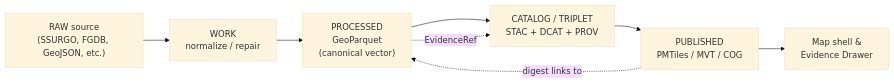
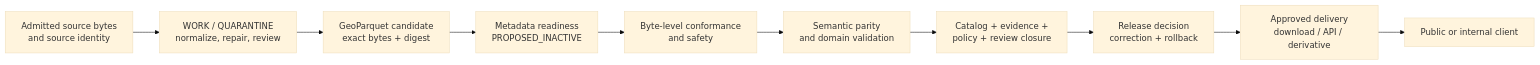
The first of 2 diagrams in docs/standards/GEOPARQUET.md (bartytime4life/Kansas-Frontier-Matrix), drawn with Mermaid (base theme) before and after one commit. The commit also changed other lines of this file, not shown here.

Commit message:
docs(standards): ground GeoParquet guidance in current evidence

````diff
--- a/docs/standards/GEOPARQUET.md
+++ b/docs/standards/GEOPARQUET.md
@@ -117,13 +163,15 @@
 ```mermaid
 flowchart LR
-  RAW["RAW source<br/>(SSURGO, FGDB, GeoJSON, etc.)"]
-  WORK["WORK<br/>normalize / repair"]
-  GP["PROCESSED<br/>GeoParquet<br/>(canonical vector)"]
-  CAT["CATALOG / TRIPLET<br/>STAC + DCAT + PROV"]
-  PM["PUBLISHED<br/>PMTiles / MVT / COG"]
-  UI["Map shell &<br/>Evidence Drawer"]
+  S["Admitted source bytes<br/>and source identity"]
+  W["WORK / QUARANTINE<br/>normalize, repair, review"]
+  G["GeoParquet candidate<br/>exact bytes + digest"]
+  M["Metadata readiness<br/>PROPOSED_INACTIVE"]
+  B["Byte-level conformance<br/>and safety"]
+  P["Semantic parity<br/>and domain validation"]
+  C["Catalog + evidence +<br/>policy + review closure"]
+  R["Release decision<br/>correction + rollback"]
+  D["Approved delivery<br/>download / API / derivative"]
+  U["Public or internal client"]
 
-  RAW --> WORK --> GP --> CAT --> PM --> UI
-  GP -. EvidenceRef .-> CAT
-  PM -. digest links to .-> GP
+  S --> W --> G --> M --> B --> P --> C --> R --> D --> U
 ```
````
